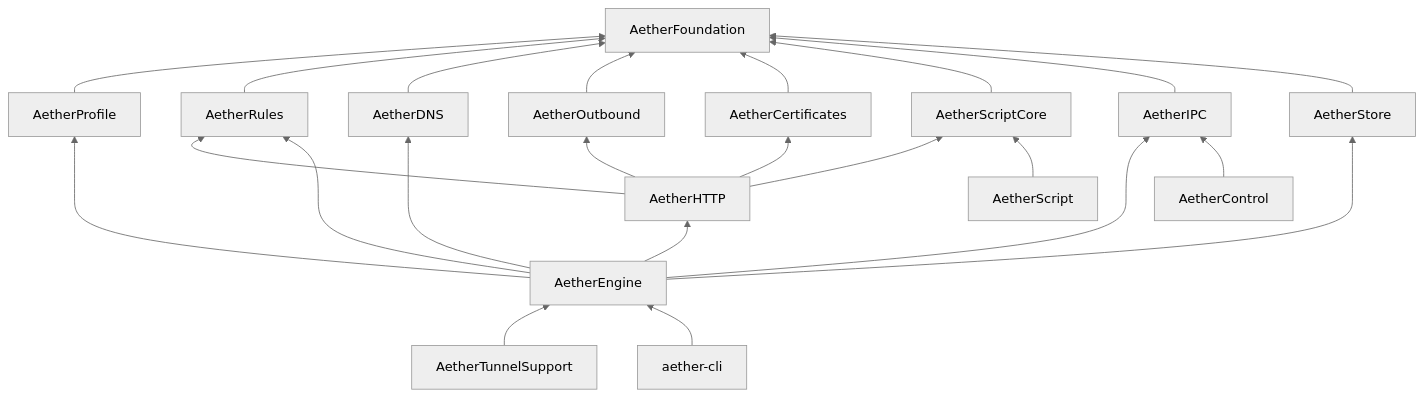
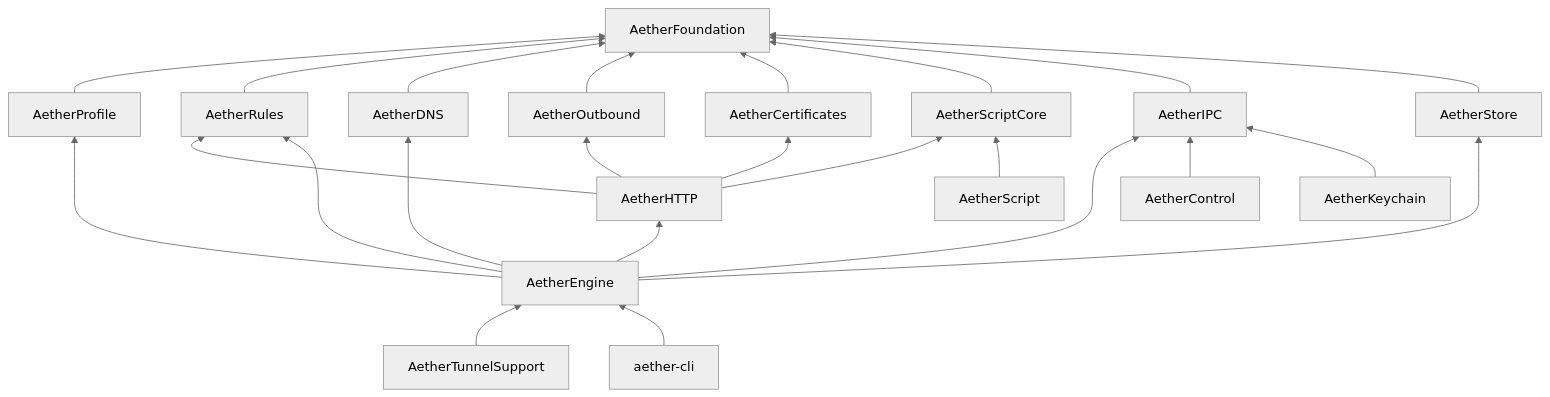
Before and after one commit to mengangs/Aether: the second of 4 diagrams in docs/02-architecture.md, drawn with Mermaid (neutral theme). The commit also changed other lines of this file and 22 other files, not shown here.

````diff
--- a/docs/02-architecture.md
+++ b/docs/02-architecture.md
@@ -81,26 +82,27 @@
 ```mermaid
 flowchart BT
   F[AetherFoundation]
   P[AetherProfile] --> F
   RU[AetherRules] --> F
   D[AetherDNS] --> F
   O[AetherOutbound] --> F
   CE[AetherCertificates] --> F
   SC[AetherScriptCore] --> F
   H[AetherHTTP] --> O
   H --> RU
   H --> CE
   H --> SC
   E[AetherEngine] --> P
   E --> RU
   E --> D
   E --> H
   E --> I[AetherIPC]
   E --> ST[AetherStore]
   I --> F
   ST --> F
   S[AetherScript] --> SC
   CT[AetherControl] --> I
+  KC[AetherKeychain] --> I
   TS[AetherTunnelSupport] --> E
   CLI[aether-cli] --> E
 ```
````
